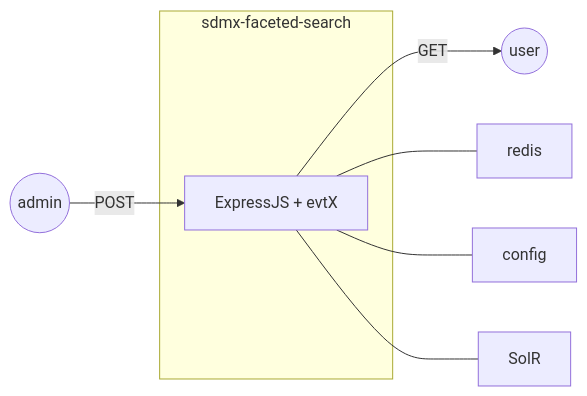
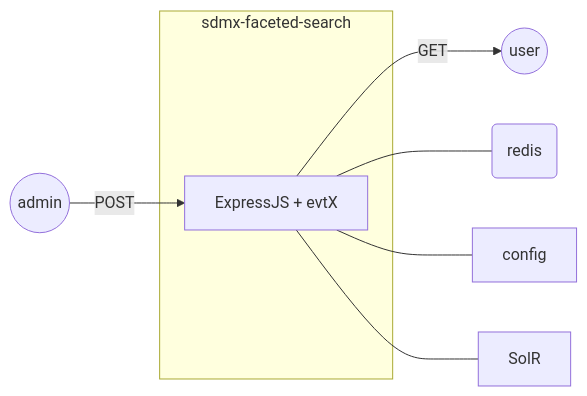
Before and after one commit to mmiranda222/.statsuite: the third of 8 diagrams in content/getting started/framework.md, drawn with Mermaid. The commit also changed other lines of this file, not shown here.

````diff
--- a/content/getting started/framework.md
+++ b/content/getting started/framework.md
@@ -252,18 +262,18 @@
 ```mermaid
 graph LR
   id0[ExpressJS + evtX]
   id2[SolR]
-  id4[redis]
+  id4(redis)
   id5[config]
   id7((user))
   id9((admin))
 
   id0 -->|GET| id7
   id9 -->|POST| id0
   id0 --- id4
   id0 --- id5
   id0 --- id2
   subgraph sdmx-faceted-search
     id0
   end
 ```
````
